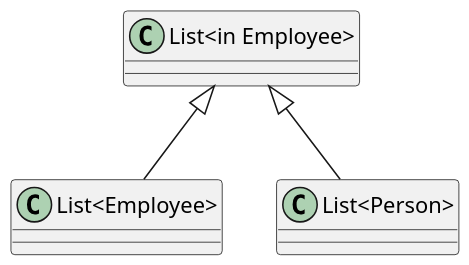
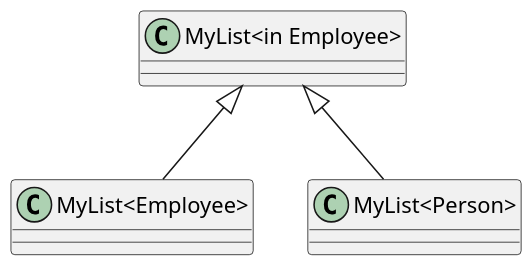
Before and after one commit to inponomarev/variance-lecture: diagram 13 of 17 in src/main/asciidoc/lecture.adoc, drawn with PlantUML. The commit also changed other lines of this file, not shown here.

```diff
--- a/src/main/asciidoc/lecture.adoc
+++ b/src/main/asciidoc/lecture.adoc
@@ -1641,24 +1640,24 @@
 [plantuml, inext, png]
 ----
 @startuml
 
 skinparam dpi 150
 
-class "List<in Employee>" {
+class "MyList<in Employee>" {
 }
 
 
-class "List<Employee>" {
+class "MyList<Employee>" {
 
 }
 
-class "List<Person>" {
+class "MyList<Person>" {
 
 }
 
-"List<in Employee>" <|-- "List<Employee>"
+"MyList<in Employee>" <|-- "MyList<Employee>"
 
-"List<in Employee>" <|-- "List<Person>"
+"MyList<in Employee>" <|-- "MyList<Person>"
 
 @enduml
 ----
```
